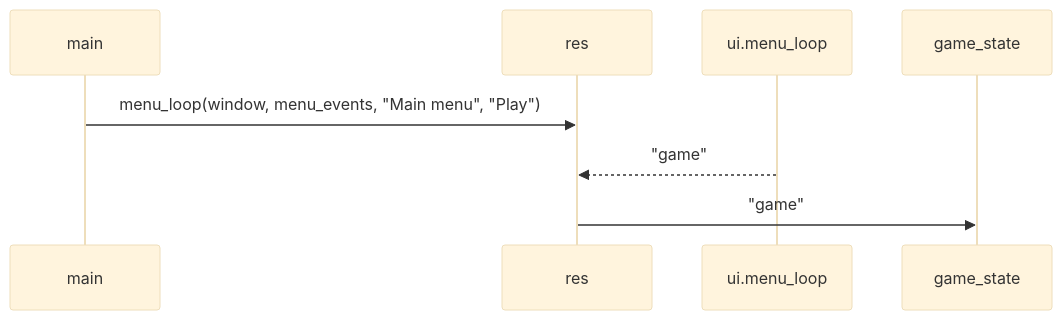
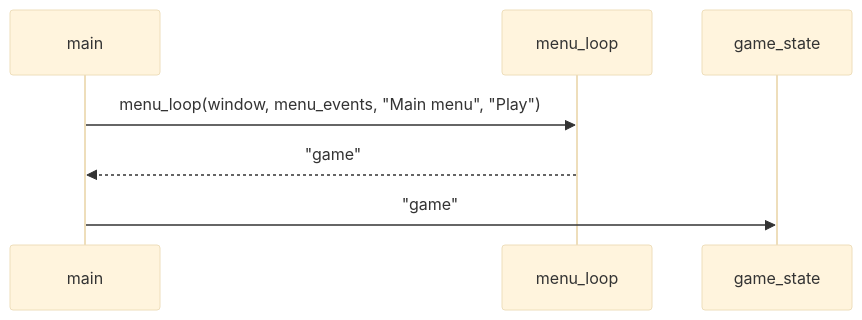
One commit to lapatinn/ot-harjoitustyo changed the third of 4 diagrams in dokumentaatio/arkkitehtuuri.md. Above: the diagram before and after it, drawn with Mermaid (base theme). The commit also changed other lines of this file, not shown here.

Commit message:
Refine architecture documentation

````diff
--- a/dokumentaatio/arkkitehtuuri.md
+++ b/dokumentaatio/arkkitehtuuri.md
@@ -105,6 +112,6 @@
 ```mermaid
  sequenceDiagram
-    main->>res: menu_loop(window, menu_events, "Main menu", "Play")
-    ui.menu_loop-->>res: "game"
-    res->>game_state: "game"
+    main->>menu_loop: menu_loop(window, menu_events, "Main menu", "Play")
+    menu_loop-->>main: "game"
+    main->>game_state: "game"
 ```
````
